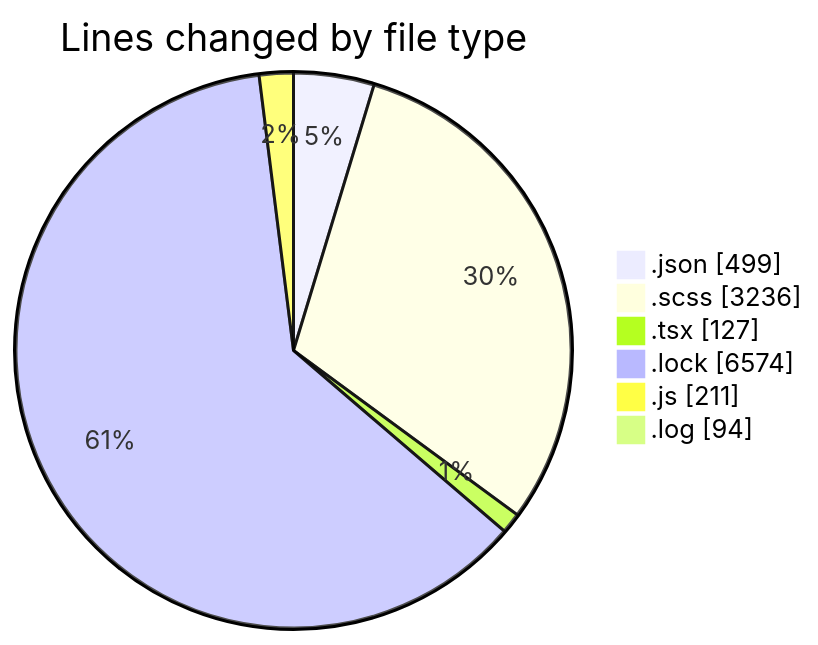
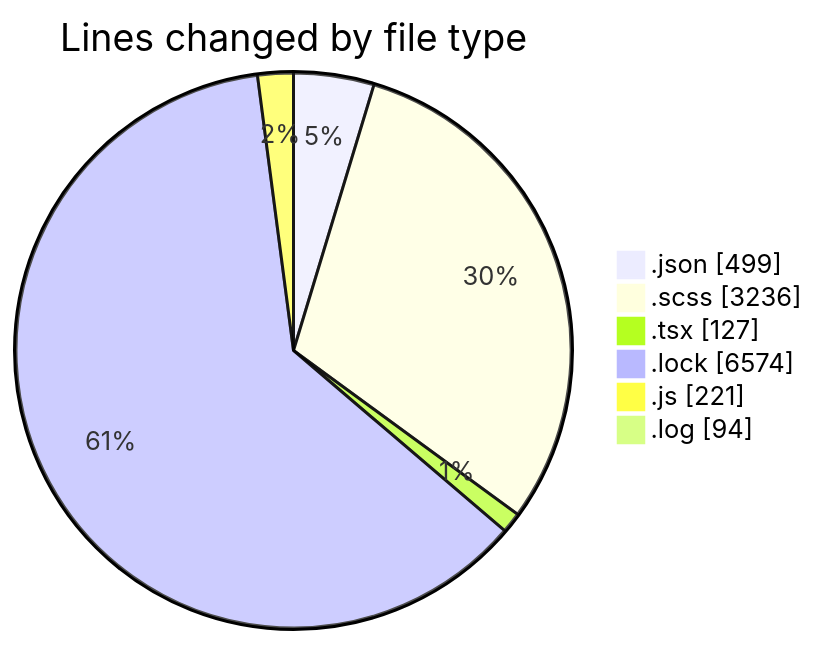
The first of 2 diagrams in 2026-08-11/cda/README.md (momahboobian/code-tracking), drawn with Mermaid before and after one commit. The commit also changed other lines of this file and 1 other file, not shown here.

````diff
--- a/2026-08-11/cda/README.md
+++ b/2026-08-11/cda/README.md
@@ -39,10 +39,10 @@
 ```mermaid
 pie showData
 title Lines changed by file type
 ".json" : 499
 ".scss" : 3236
 ".tsx" : 127
 ".lock" : 6574
-".js" : 211
+".js" : 221
 ".log" : 94
 ```
````
